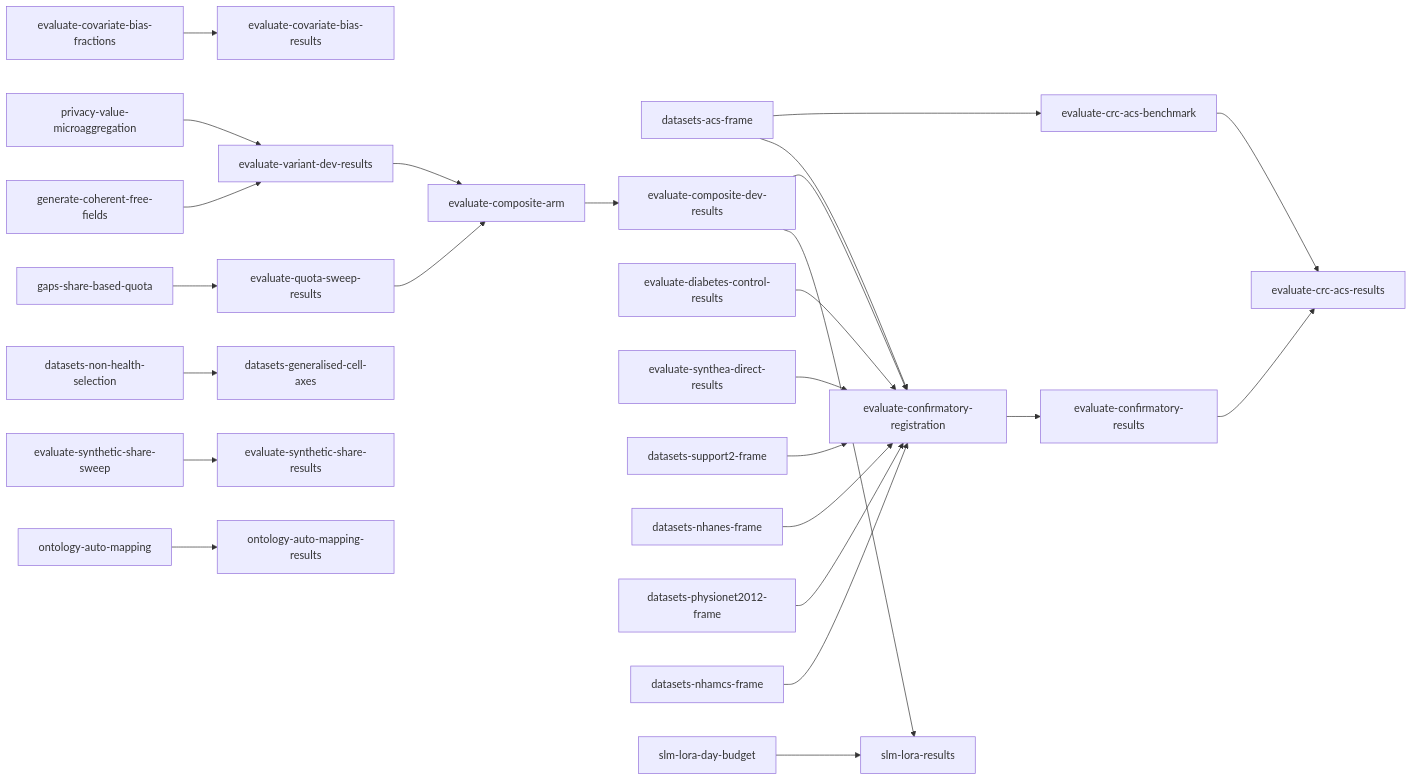
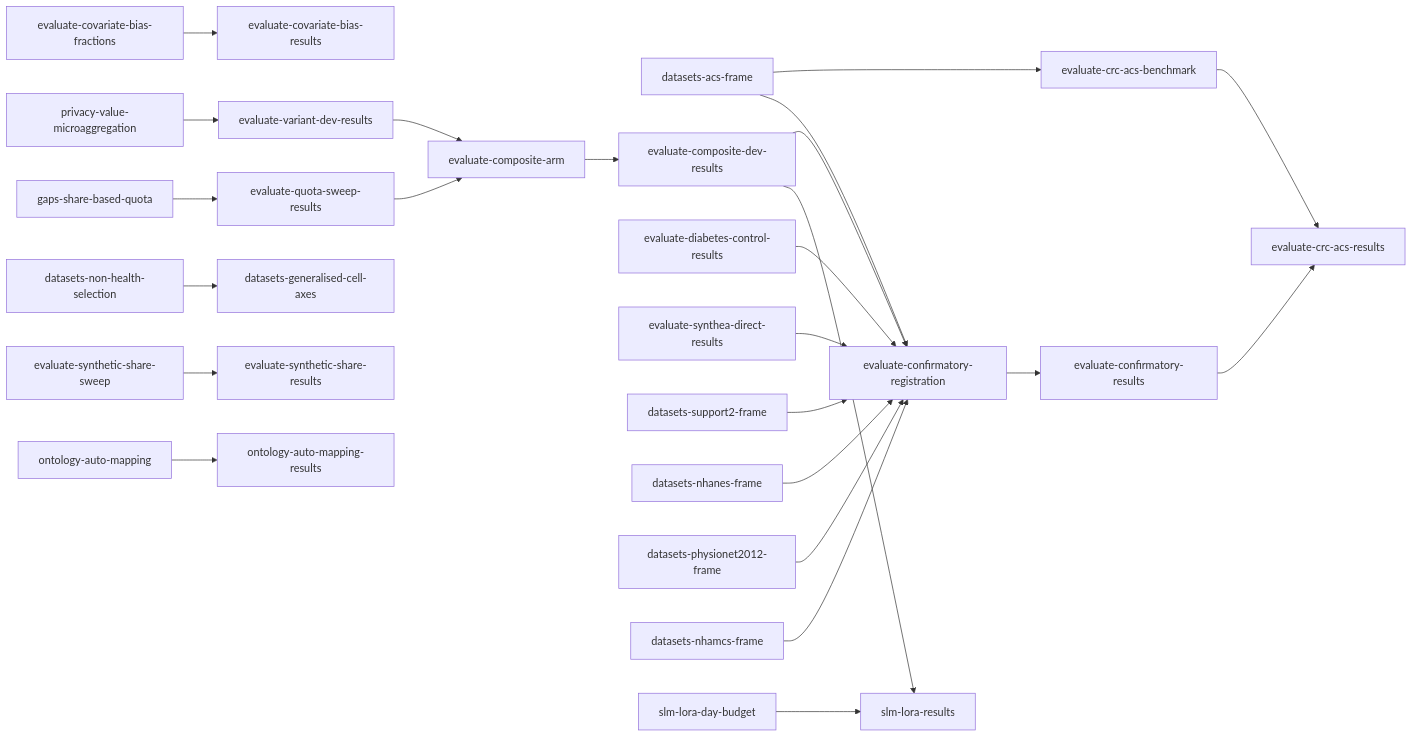
Before and after one commit to joe-dartmouth/synthetic: the diagram in tasks/direct-index.md, drawn with Mermaid. The commit also changed other lines of this file and 40 other files, not shown here.

First line of the commit message:
Add the bko-coherent arm: conditional CART free fields (#132)

````diff
--- a/tasks/direct-index.md
+++ b/tasks/direct-index.md
@@ -71,27 +70,26 @@
 ```mermaid
 flowchart LR
     u37[evaluate-covariate-bias-fractions] --> u38[evaluate-covariate-bias-results]
     u16[privacy-value-microaggregation] --> u19[evaluate-variant-dev-results]
-    u17[generate-coherent-free-fields] --> u19
     u20[gaps-share-based-quota] --> u21[evaluate-quota-sweep-results]
     u27[datasets-acs-frame] --> u41[evaluate-crc-acs-benchmark]
     u49[datasets-non-health-selection] --> u50[datasets-generalised-cell-axes]
     u19 --> u28[evaluate-composite-arm]
     u21 --> u28
     u28 --> u29[evaluate-composite-dev-results]
     u7[evaluate-diabetes-control-results] --> u30[evaluate-confirmatory-registration]
     u8[evaluate-synthea-direct-results] --> u30
     u45[evaluate-synthetic-share-sweep] --> u46[evaluate-synthetic-share-results]
     u25[datasets-support2-frame] --> u30
     u26[datasets-nhanes-frame] --> u30
     u27 --> u30
     u47[datasets-physionet2012-frame] --> u30
     u48[datasets-nhamcs-frame] --> u30
     u29 --> u30
     u30 --> u31[evaluate-confirmatory-results]
     u41 --> u42[evaluate-crc-acs-results]
     u31 --> u42
     u32[ontology-auto-mapping] --> u33[ontology-auto-mapping-results]
     u29 --> u36[slm-lora-results]
     u51[slm-lora-day-budget] --> u36
 ```
````
